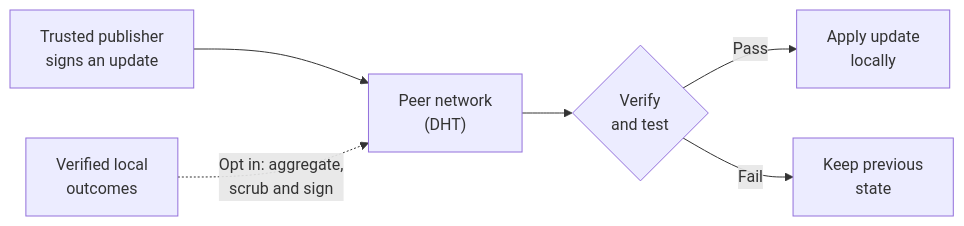
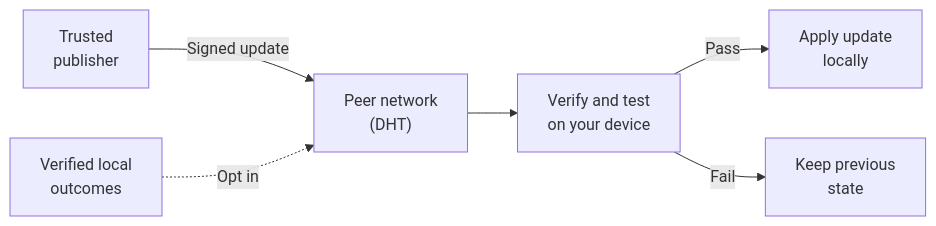
One commit to spencernorton/armiger changed the diagram in docs/distributed-updates.md. Above: the diagram before and after it, drawn with Mermaid.

Commit message:
Keep the update diagram compact and readable

````diff
--- a/docs/distributed-updates.md
+++ b/docs/distributed-updates.md
@@ -20,8 +20,8 @@
 ```mermaid
 flowchart LR
-    publisher["Trusted publisher<br/>signs an update"] --> network["Peer network<br/>(DHT)"]
-    network --> checks{"Verify<br/>and test"}
+    publisher["Trusted<br/>publisher"] -->|Signed update| network["Peer network<br/>(DHT)"]
+    outcomes["Verified local<br/>outcomes"] -. "Opt in" .-> network
+    network --> checks["Verify and test<br/>on your device"]
     checks -->|Pass| apply["Apply update<br/>locally"]
     checks -->|Fail| keep["Keep previous<br/>state"]
-    outcomes["Verified local<br/>outcomes"] -. "Opt in: aggregate,<br/>scrub and sign" .-> network
 ```
````
